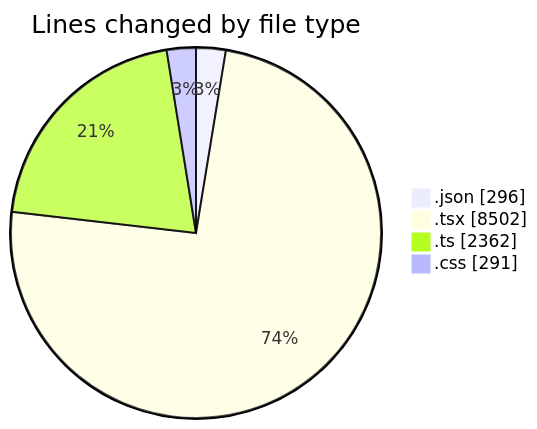
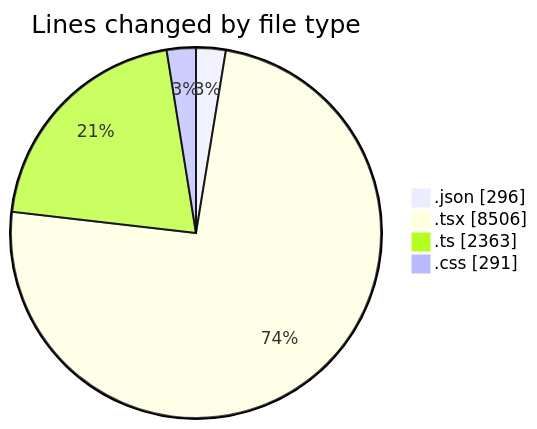
One commit to julien-gomy/code-tracking changed the first of 2 diagrams in 2025-10-07/eventscop-frontend-guide__workspace_/README.md. Above: the diagram before and after it, drawn with Mermaid. The commit also changed other lines of this file and 1 other file, not shown here.

````diff
--- a/2025-10-07/eventscop-frontend-guide__workspace_/README.md
+++ b/2025-10-07/eventscop-frontend-guide__workspace_/README.md
@@ -82,8 +82,8 @@
 ```mermaid
 pie showData
 title Lines changed by file type
 ".json" : 296
-".tsx" : 8502
-".ts" : 2362
+".tsx" : 8506
+".ts" : 2363
 ".css" : 291
 ```
````
